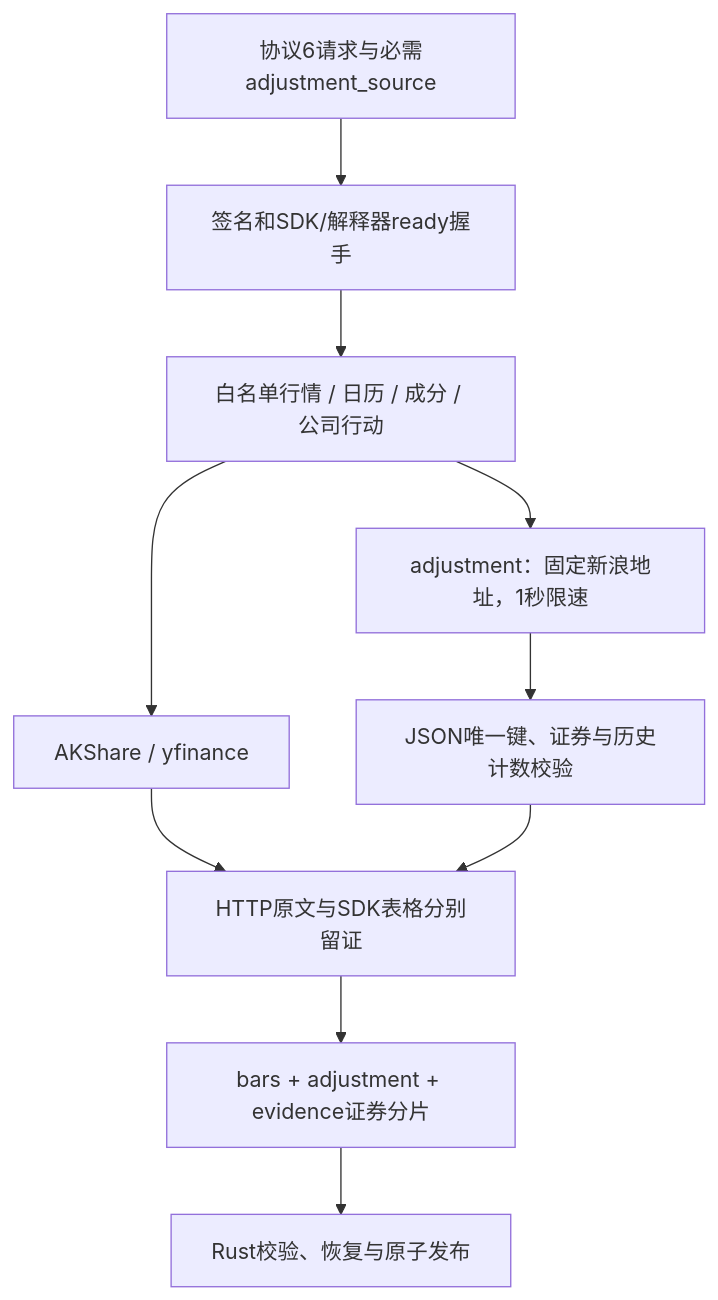
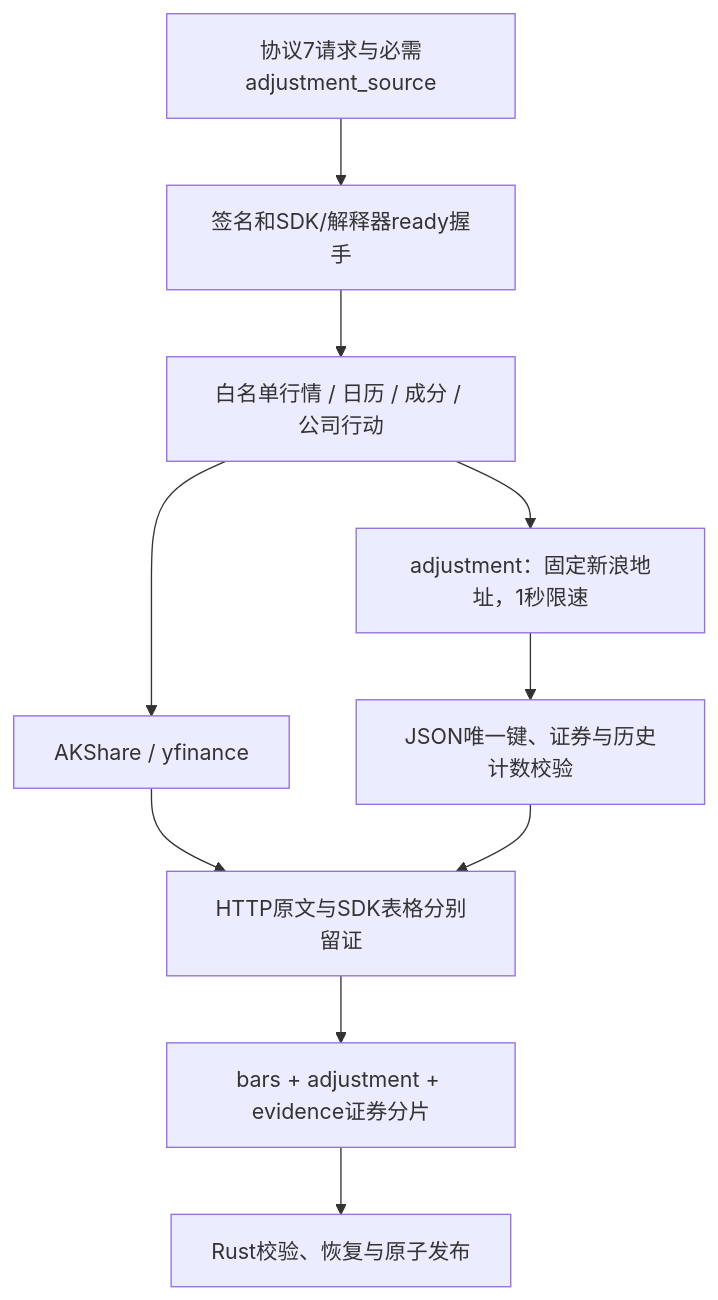
The first of 2 diagrams in crates/storage/collectors/jfquant_collectors/README.md (Dennishaha/JFQuant), drawn with Mermaid before and after one commit. The commit also changed other lines of this file and 77 other files, not shown here.

````diff
--- a/crates/storage/collectors/jfquant_collectors/README.md
+++ b/crates/storage/collectors/jfquant_collectors/README.md
@@ -7,12 +7,12 @@
 ```mermaid
 flowchart TD
-  REQ["协议6请求与必需adjustment_source"] --> MAIN["签名和SDK/解释器ready握手"]
+  REQ["协议7请求与必需adjustment_source"] --> MAIN["签名和SDK/解释器ready握手"]
   MAIN --> PROVIDERS["白名单行情 / 日历 / 成分 / 公司行动"]
   PROVIDERS --> SDK["AKShare / yfinance"]
   PROVIDERS --> FACTOR["adjustment：固定新浪地址，1秒限速"]
   FACTOR --> PARSE["JSON唯一键、证券与历史计数校验"]
   SDK --> CAPTURE["HTTP原文与SDK表格分别留证"]
   PARSE --> CAPTURE
   CAPTURE --> SHARD["bars + adjustment + evidence证券分片"]
   SHARD --> RUST["Rust校验、恢复与原子发布"]
 ```
````
